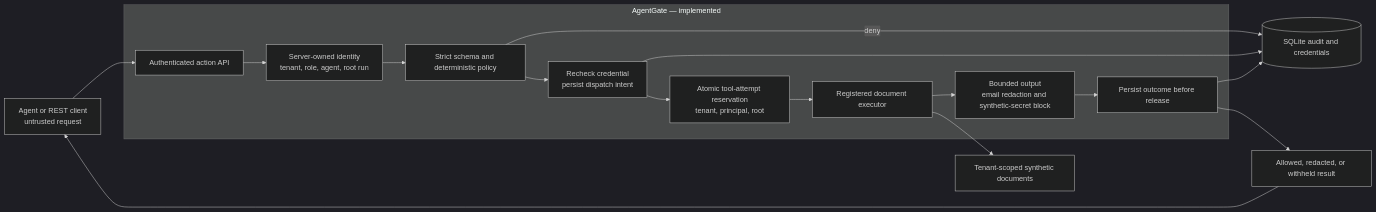
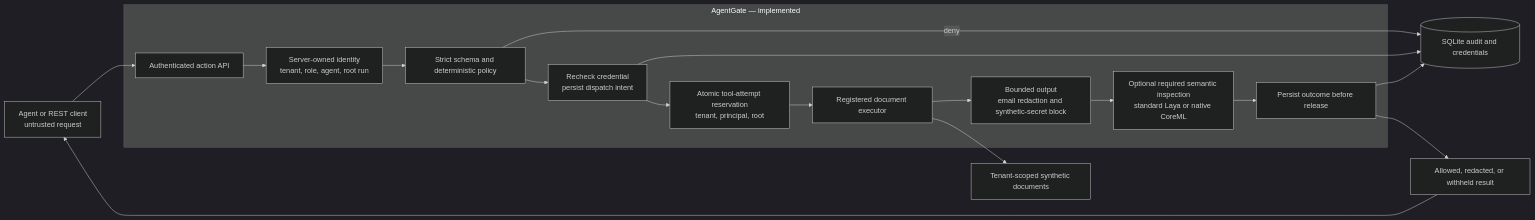
Before and after one commit to bsisduck/laya-layer: the first of 3 diagrams in docs/architecture.md, drawn with Mermaid (dark theme). The commit also changed other lines of this file and 10 other files, not shown here.

````diff
--- a/docs/architecture.md
+++ b/docs/architecture.md
@@ -9,19 +9,20 @@
 ```mermaid
 flowchart LR
     Client["Agent or REST client<br/>untrusted request"] --> API["Authenticated action API"]
     subgraph Gateway["AgentGate — implemented"]
         API --> Identity["Server-owned identity<br/>tenant, role, agent, root run"]
         Identity --> Policy["Strict schema and deterministic policy"]
         Policy --> Intent["Recheck credential<br/>persist dispatch intent"]
         Intent --> Budget["Atomic tool-attempt reservation<br/>tenant, principal, root"]
         Budget --> Executor["Registered document executor"]
         Executor --> Filter["Bounded output<br/>email redaction and synthetic-secret block"]
-        Filter --> Outcome["Persist outcome before release"]
+        Filter --> Semantic["Optional required semantic inspection<br/>standard Laya or native CoreML"]
+        Semantic --> Outcome["Persist outcome before release"]
     end
     Policy -- deny --> Audit[("SQLite audit and credentials")]
     Intent --> Audit
     Outcome --> Audit
     Executor --> Fixtures["Tenant-scoped synthetic documents"]
     Outcome --> Response["Allowed, redacted, or withheld result"]
     Response --> Client
 ```
````
